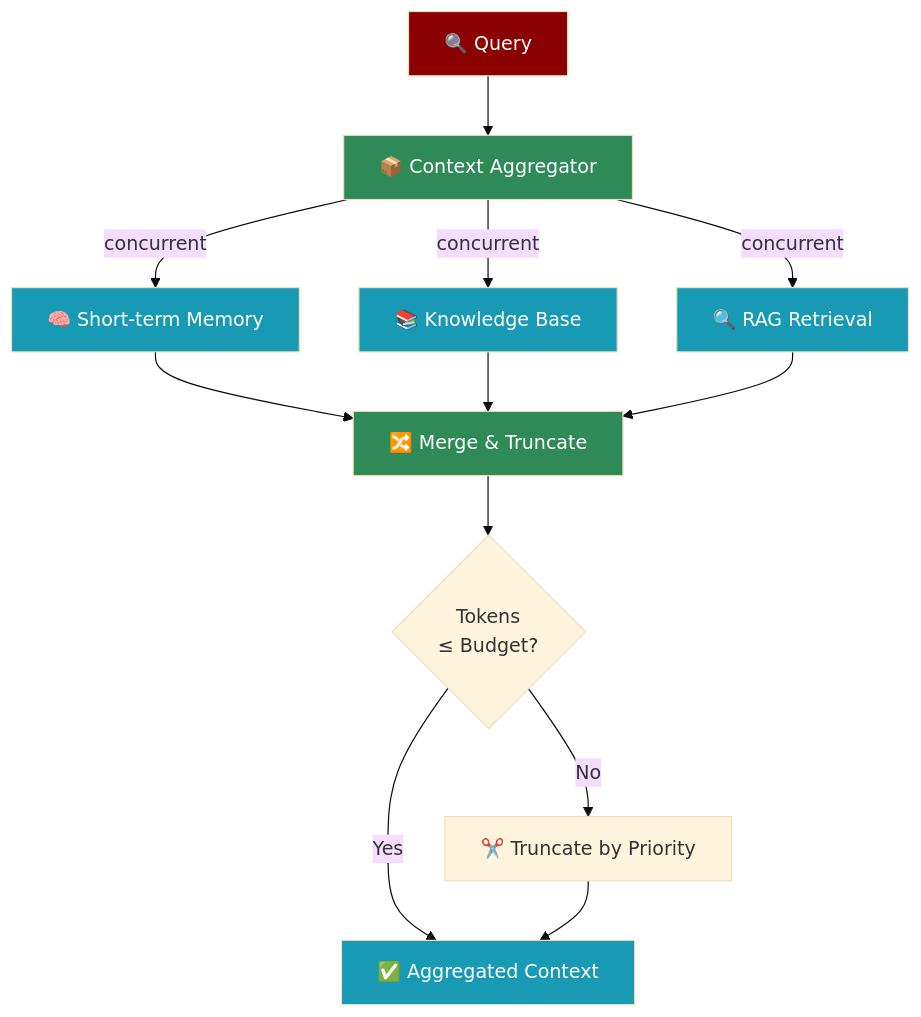
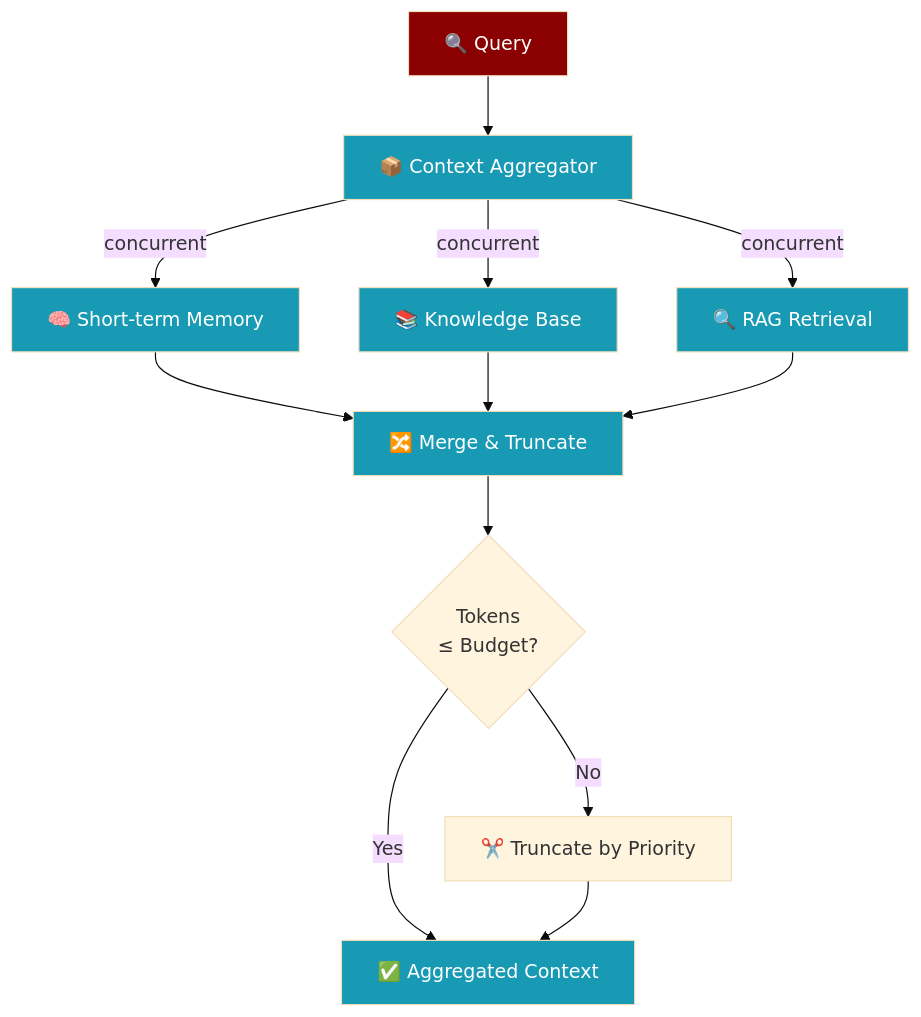
Before and after one commit to MervinPraison/PraisonAIDocs: the fifth of 5 diagrams in docs/features/context-management.mdx, drawn with Mermaid (base theme). The commit also changed other lines of this file and 10 other files, not shown here.

First line of the commit message:
docs: normalise §3.1 Mermaid palette in features + tools (fixes #1556)

````diff
--- a/docs/features/context-management.mdx
+++ b/docs/features/context-management.mdx
@@ -386,25 +386,25 @@
 ```mermaid
 flowchart TB
     QUERY[🔍 Query] --> AGG[📦 Context Aggregator]
     
     AGG --> |concurrent| MEM[🧠 Short-term Memory]
     AGG --> |concurrent| KNOW[📚 Knowledge Base]
     AGG --> |concurrent| RAG[🔍 RAG Retrieval]
     
     MEM --> MERGE[🔀 Merge & Truncate]
     KNOW --> MERGE
     RAG --> MERGE
     
     MERGE --> TOKEN{Tokens<br/>≤ Budget?}
     TOKEN -->|Yes| OUT[✅ Aggregated Context]
     TOKEN -->|No| TRUNC[✂️ Truncate by Priority]
     TRUNC --> OUT
 
     style QUERY fill:#8B0000,color:#fff
-    style AGG fill:#2E8B57,color:#fff
+    style AGG fill:#189AB4,color:#fff
     style MEM fill:#189AB4,color:#fff
     style KNOW fill:#189AB4,color:#fff
     style RAG fill:#189AB4,color:#fff
-    style MERGE fill:#2E8B57,color:#fff
+    style MERGE fill:#189AB4,color:#fff
     style OUT fill:#189AB4,color:#fff
 ```
````
